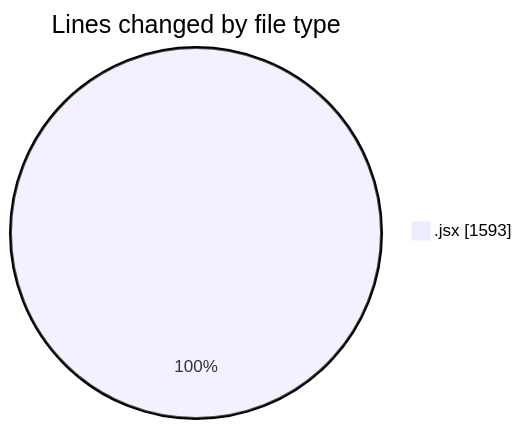
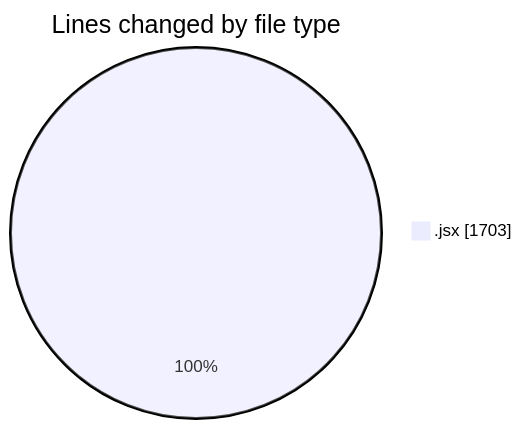
One commit to nxtqubesakshisongat/code-tracking changed the first of 2 diagrams in 2025-05-26/nxtqube_webapp/README.md. Above: the diagram before and after it, drawn with Mermaid. The commit also changed other lines of this file and 1 other file, not shown here.

````diff
--- a/2025-05-26/nxtqube_webapp/README.md
+++ b/2025-05-26/nxtqube_webapp/README.md
@@ -20,5 +20,5 @@
 ```mermaid
 pie showData
 title Lines changed by file type
-".jsx" : 1593
+".jsx" : 1703
 ```
````
